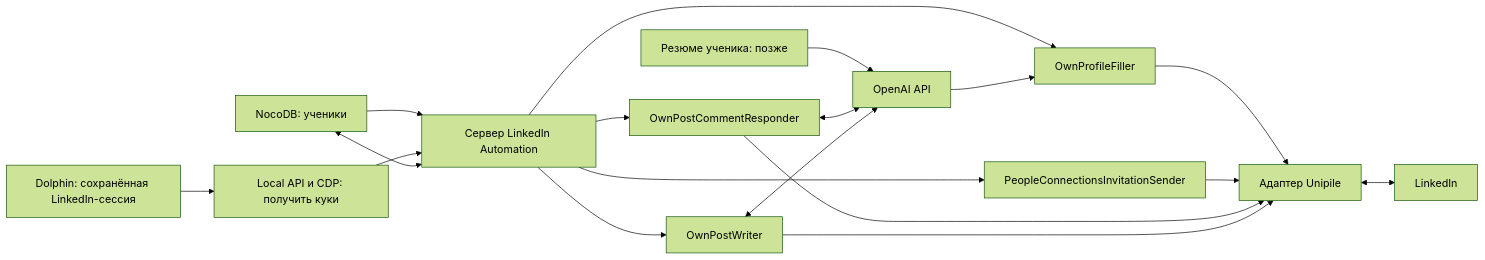
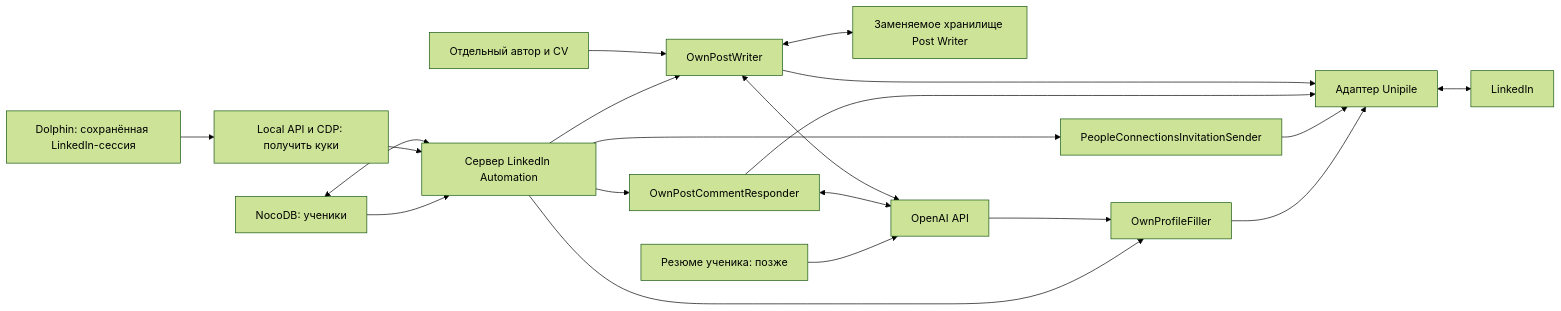
One commit to Kira2K/unicorn-autoresponder changed the diagram in src/features/linkedin-automation/ARCHITECTURE.md. Above: the diagram before and after it, drawn with Mermaid (forest theme). The commit also changed other lines of this file and 2 other files, not shown here.

Commit message:
docs(linkedin): update Post Writer architecture

````diff
--- a/src/features/linkedin-automation/ARCHITECTURE.md
+++ b/src/features/linkedin-automation/ARCHITECTURE.md
@@ -13,23 +13,25 @@
 ```mermaid
 flowchart LR
     N["NocoDB: ученики"] --> B["Сервер LinkedIn Automation"]
     D["Dolphin: сохранённая LinkedIn-сессия"] --> C["Local API и CDP: получить куки"]
     C --> B
     B <--> N
 
     B --> PF["OwnProfileFiller"]
     B --> CI["PeopleConnectionsInvitationSender"]
     B --> CR["OwnPostCommentResponder"]
     B --> PW["OwnPostWriter"]
+    CUSTOM["Отдельный автор и CV"] --> PW
+    PW <--> PS["Заменяемое хранилище Post Writer"]
 
     PF --> U["Адаптер Unipile"]
     CI --> U
     CR --> U
     PW --> U
     U <--> L["LinkedIn"]
 
     CV["Резюме ученика: позже"] --> O["OpenAI API"]
     O --> PF
     CR <--> O
     PW <--> O
 ```
````
